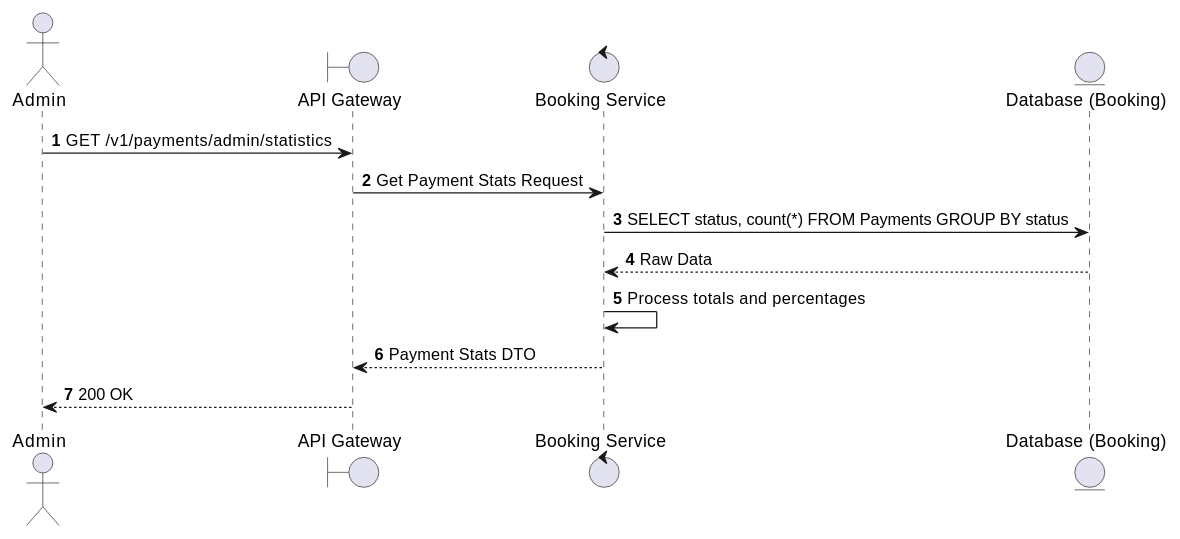
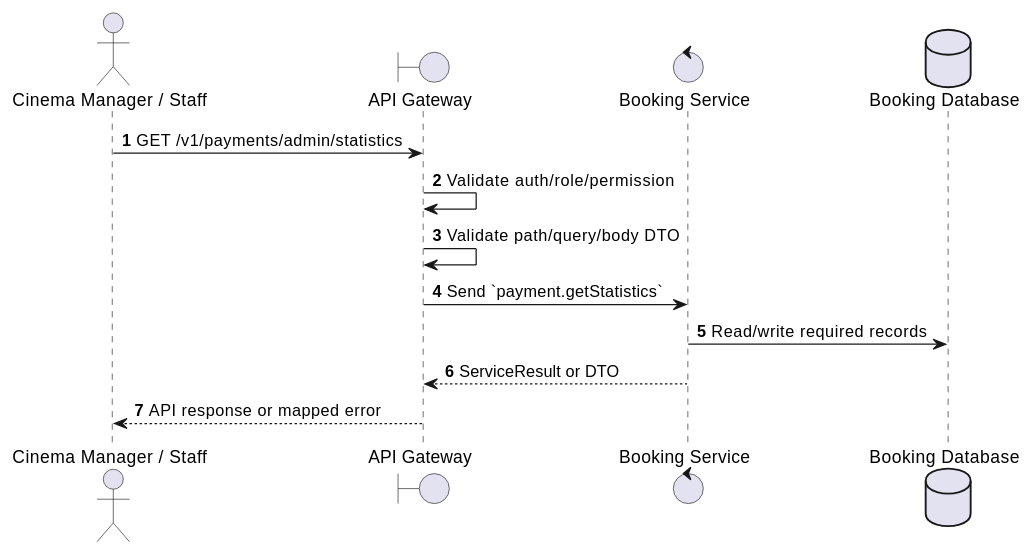
The first of 2 diagrams in docs/functional_specs/3.6_Payment_Transaction_Module/PY-A04_Get_Payment_Statistics.md (Tanh1603/movie-hub-architecture), drawn with PlantUML before and after one commit. The commit also changed other lines of this file and 126 other files, not shown here.

````diff
--- a/docs/functional_specs/3.6_Payment_Transaction_Module/PY-A04_Get_Payment_Statistics.md
+++ b/docs/functional_specs/3.6_Payment_Transaction_Module/PY-A04_Get_Payment_Statistics.md
@@ -17,17 +17,17 @@
 ```plantuml
 @startuml
 autonumber
-actor Admin
+actor "Cinema Manager / Staff" as Actor
 boundary "API Gateway" as GW
-control "Booking Service" as BS
-entity "Database (Booking)" as DB
+control "Booking Service" as SVC
+database "Booking Database" as DB
 
-Admin -> GW: GET /v1/payments/admin/statistics
-GW -> BS: Get Payment Stats Request
-BS -> DB: SELECT status, count(*) FROM Payments GROUP BY status
-DB --> BS: Raw Data
-BS -> BS: Process totals and percentages
-BS --> GW: Payment Stats DTO
-GW --> Admin: 200 OK
+Actor -> GW: GET /v1/payments/admin/statistics
+GW -> GW: Validate auth/role/permission
+GW -> GW: Validate path/query/body DTO
+GW -> SVC: Send `payment.getStatistics`
+SVC -> DB: Read/write required records
+SVC --> GW: ServiceResult or DTO
+GW --> Actor: API response or mapped error
 @enduml
 ```
````
